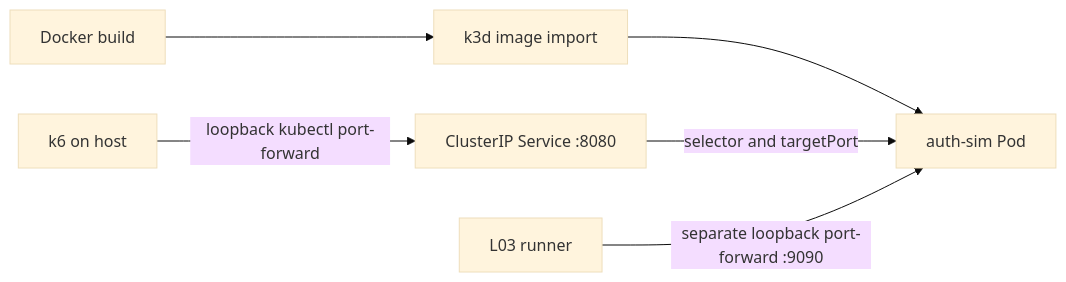
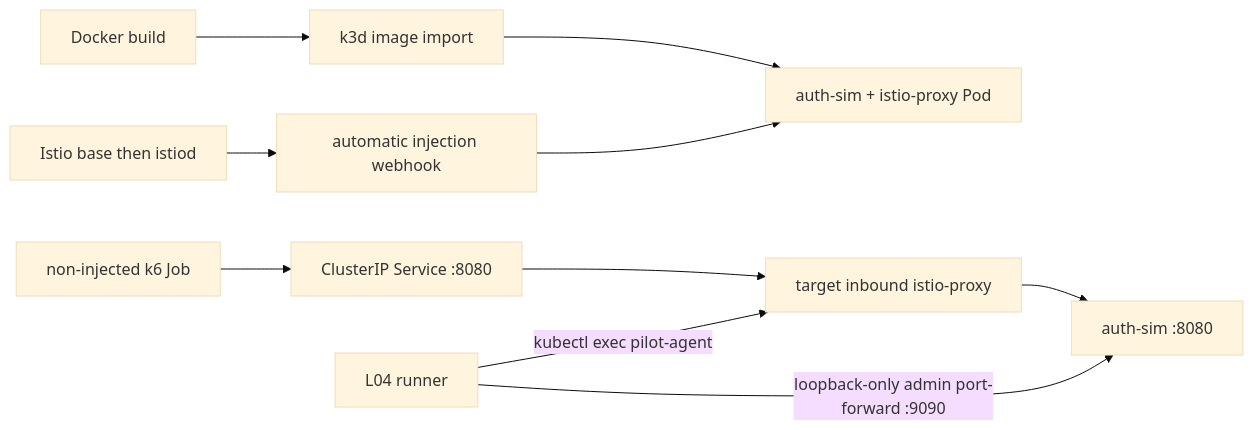
The second of 3 diagrams in README.md (imcherry5778-labs/github-capacity-cascade-lab), drawn with Mermaid (base theme) before and after one commit. The commit also changed other lines of this file and 7 other files, not shown here.

````diff
--- a/README.md
+++ b/README.md
@@ -78,8 +81,12 @@
 ```mermaid
 flowchart LR
     B[Docker build] --> I[k3d image import]
-    I --> P[auth-sim Pod]
-    K[k6 on host] -->|loopback kubectl port-forward| S[ClusterIP Service :8080]
-    S -->|selector and targetPort| P
-    R[L03 runner] -->|separate loopback port-forward :9090| P
+    I --> P[auth-sim + istio-proxy Pod]
+    C[Istio base then istiod] --> W[automatic injection webhook]
+    W --> P
+    K[non-injected k6 Job] --> S[ClusterIP Service :8080]
+    S --> X[target inbound istio-proxy]
+    X --> A[auth-sim :8080]
+    R[L04 runner] -->|loopback-only admin port-forward :9090| A
+    R -->|kubectl exec pilot-agent| X
 ```
````
